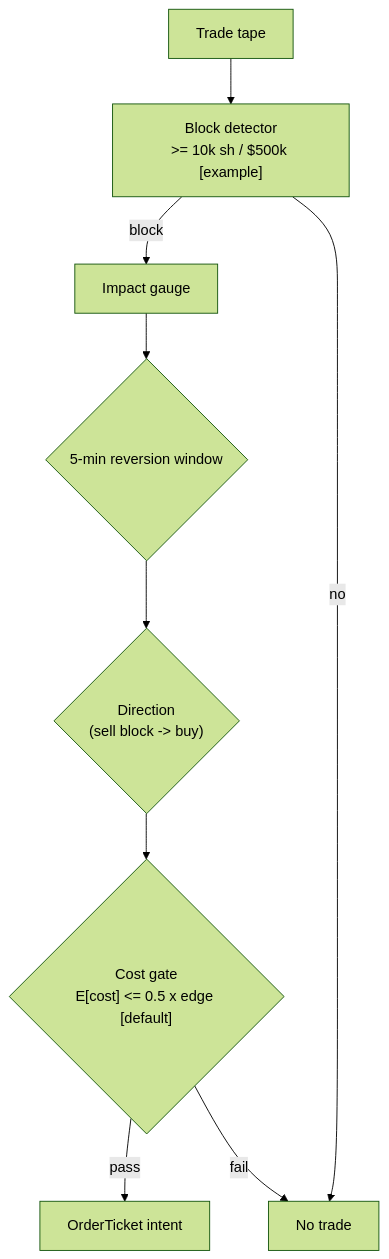
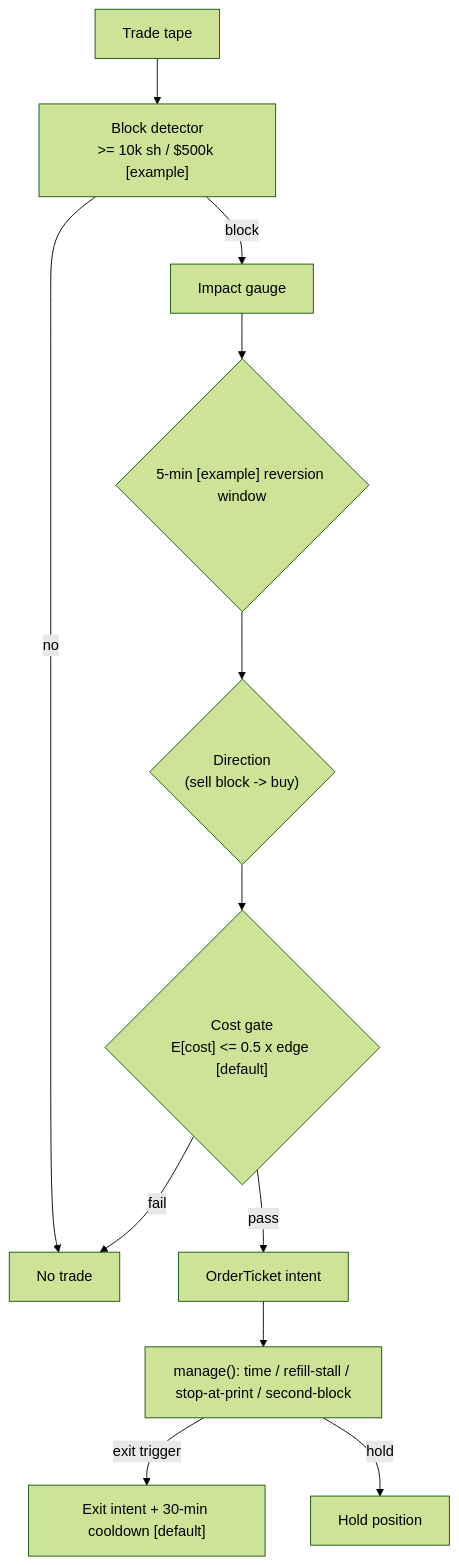
One commit to praveenguptahcl/quant-signals-deep changed the diagram in modules/strategies/T084.md. Above: the diagram before and after it, drawn with Mermaid (forest theme). The commit also changed other lines of this file and 275 other files, not shown here.

````diff
--- a/modules/strategies/T084.md
+++ b/modules/strategies/T084.md
@@ -521,11 +843,14 @@
 ```mermaid
 flowchart TD
     TAPE["Trade tape"] --> BLK["Block detector\n>= 10k sh / $500k [example]"]
     BLK -->|block| IMP["Impact gauge"]
     BLK -->|no| DROP["No trade"]
-    IMP --> WIN{"5-min reversion window"} 
+    IMP --> WIN{"5-min [example] reversion window"}
     WIN --> DIR{"Direction\n(sell block -> buy)"}
     DIR --> COST{"Cost gate\nE[cost] <= 0.5 x edge [default]"}
     COST -->|pass| OUT["OrderTicket intent"]
     COST -->|fail| DROP
+    OUT --> MNG["manage(): time / refill-stall / stop-at-print / second-block"]
+    MNG -->|exit trigger| EXIT["Exit intent + 30-min cooldown [default]"]
+    MNG -->|hold| HOLD["Hold position"]
 ```
````
